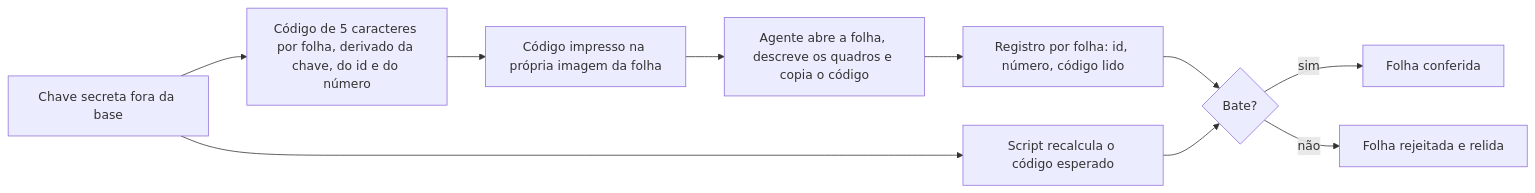
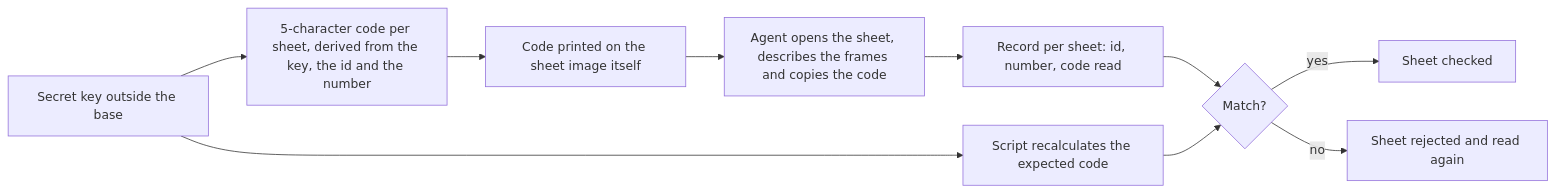
The second of 3 diagrams in README.md (guilannes2/apple-design-kb), drawn with Mermaid before and after one commit. The commit also changed other lines of this file and 426 other files, not shown here.

````diff
--- a/README.md
+++ b/README.md
@@ -188,12 +188,12 @@
 ```mermaid
 flowchart LR
-    S[Chave secreta fora da base] --> H1[Código de 5 caracteres por folha, derivado da chave, do id e do número]
-    H1 --> IMG[Código impresso na própria imagem da folha]
-    IMG --> AG[Agente abre a folha, descreve os quadros e copia o código]
-    AG --> LOG[Registro por folha: id, número, código lido]
-    S --> RE[Script recalcula o código esperado]
-    LOG --> CMP{Bate?}
+    S[Secret key outside the base] --> H1[5-character code per sheet, derived from the key, the id and the number]
+    H1 --> IMG[Code printed on the sheet image itself]
+    IMG --> AG[Agent opens the sheet, describes the frames and copies the code]
+    AG --> LOG[Record per sheet: id, number, code read]
+    S --> RE[Script recalculates the expected code]
+    LOG --> CMP{Match?}
     RE --> CMP
-    CMP -->|sim| OK[Folha conferida]
-    CMP -->|não| NO[Folha rejeitada e relida]
+    CMP -->|yes| OK[Sheet checked]
+    CMP -->|no| NO[Sheet rejected and read again]
 ```
````
